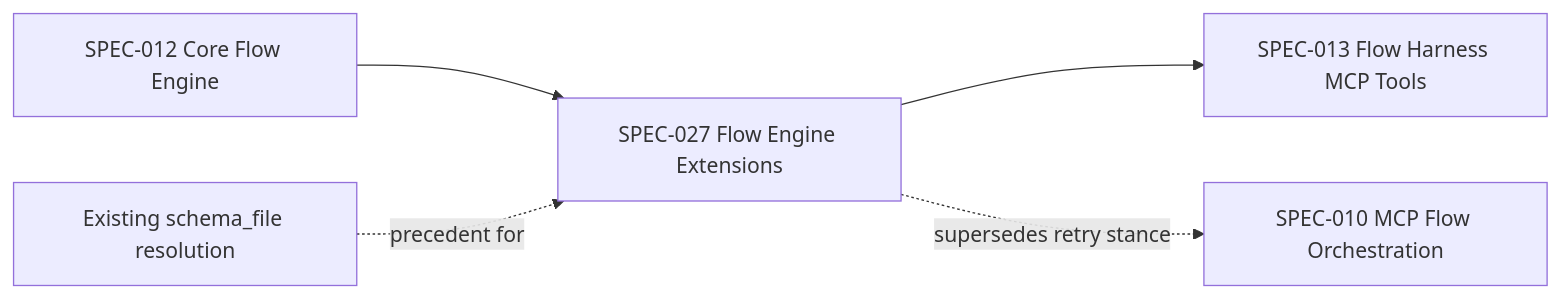
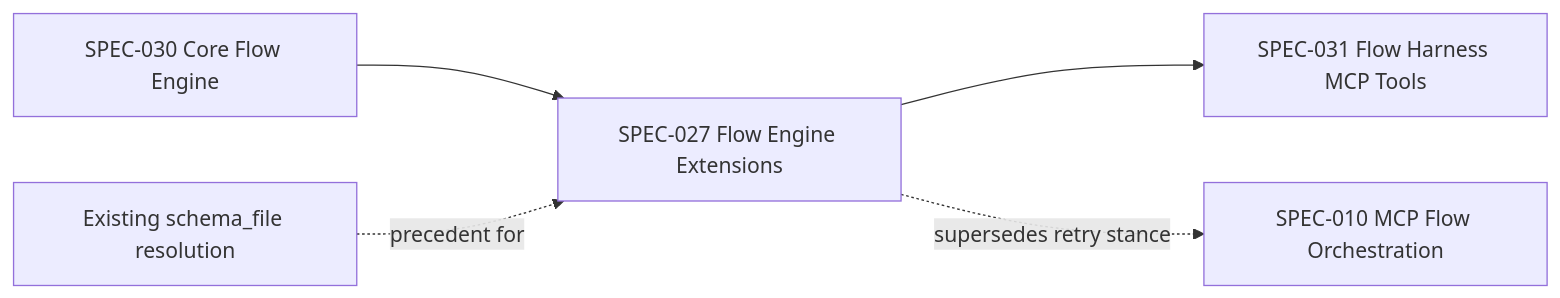
One commit to Swift-Gurus/solid-coder changed the first of 3 diagrams in .claude/specs/SPEC-027-flow-engine-script-steps-and-sub-flows/Spec.md. Above: the diagram before and after it, drawn with Mermaid. The commit also changed other lines of this file and 687 other files, not shown here.

````diff
--- a/.claude/specs/SPEC-027-flow-engine-script-steps-and-sub-flows/Spec.md
+++ b/.claude/specs/SPEC-027-flow-engine-script-steps-and-sub-flows/Spec.md
@@ -77,7 +77,7 @@
 ```mermaid
 graph LR
-  SPEC012[SPEC-012 Core Flow Engine] --> SPEC027[SPEC-027 Flow Engine Extensions]
+  SPEC012[SPEC-030 Core Flow Engine] --> SPEC027[SPEC-027 Flow Engine Extensions]
   SchemaFile[Existing schema_file resolution] -.precedent for.-> SPEC027
-  SPEC027 --> SPEC013[SPEC-013 Flow Harness MCP Tools]
+  SPEC027 --> SPEC013[SPEC-031 Flow Harness MCP Tools]
   SPEC027 -.supersedes retry stance.-> SPEC010[SPEC-010 MCP Flow Orchestration]
 ```
````
